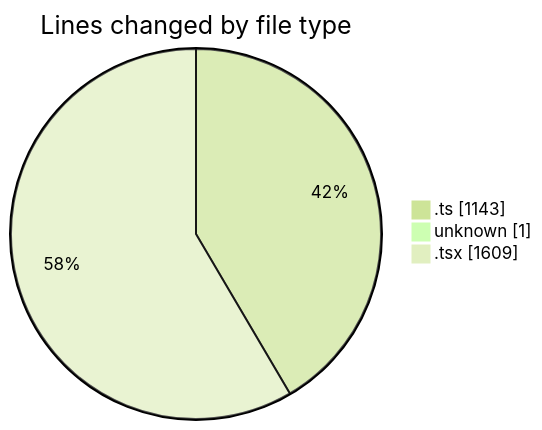
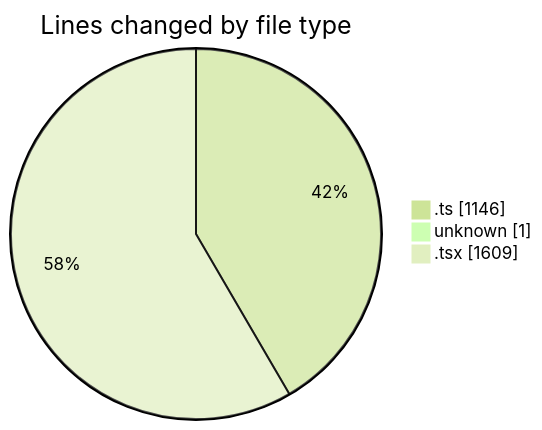
The first of 2 diagrams in 2025-02-17/mbc-web/README.md (robertbonfada/code-tracking), drawn with Mermaid (forest theme) before and after one commit. The commit also changed other lines of this file and 1 other file, not shown here.

````diff
--- a/2025-02-17/mbc-web/README.md
+++ b/2025-02-17/mbc-web/README.md
@@ -38,7 +38,7 @@
 ```mermaid
 pie showData
 title Lines changed by file type
-".ts" : 1143
+".ts" : 1146
 "unknown" : 1
 ".tsx" : 1609
 ```
````
